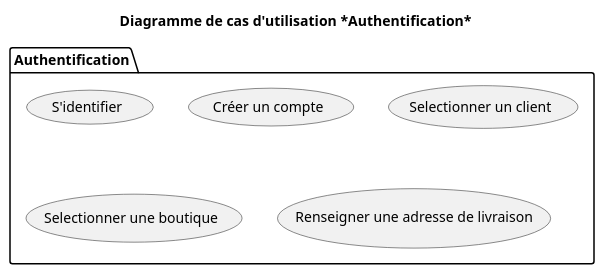
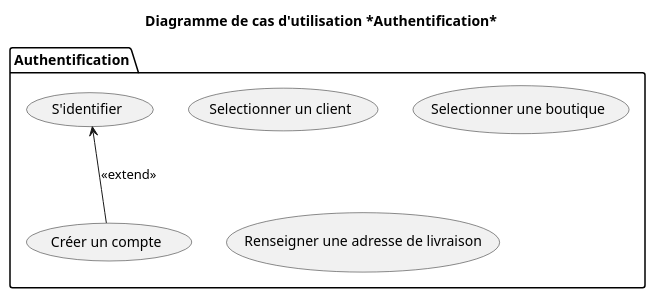
The diagram in v2/uml/03_authentification.puml (Zepmanbc/oc_dapython_pr4), drawn with PlantUML before and after one commit. The commit also changed other lines of this file and 1 other file, not shown here.

```diff
--- a/v2/uml/03_authentification.puml
+++ b/v2/uml/03_authentification.puml
@@ -1,10 +1,14 @@
 @startuml 04_authentification
 title Diagramme de cas d'utilisation *Authentification*
-    package Authentification{
-        (S'identifier) as LOGIN
-        (Créer un compte) as CREATE_LOGIN
-        (Selectionner un client) as SELECT_CUSTOMER
-        (Selectionner une boutique) as SELECT_STORE
-        (Renseigner une adresse de livraison) as SET_DELIVER_ADRESS
-    }
+
+package Authentification{
+    (S'identifier) as LOGIN
+    (Créer un compte) as CREATE_LOGIN
+    (Selectionner un client) as SELECT_CUSTOMER
+    (Selectionner une boutique) as SELECT_STORE
+    (Renseigner une adresse de livraison) as SET_DELIVER_ADRESS
+}
+
+LOGIN <-- CREATE_LOGIN : <<extend>>
+
 @enduml
```
